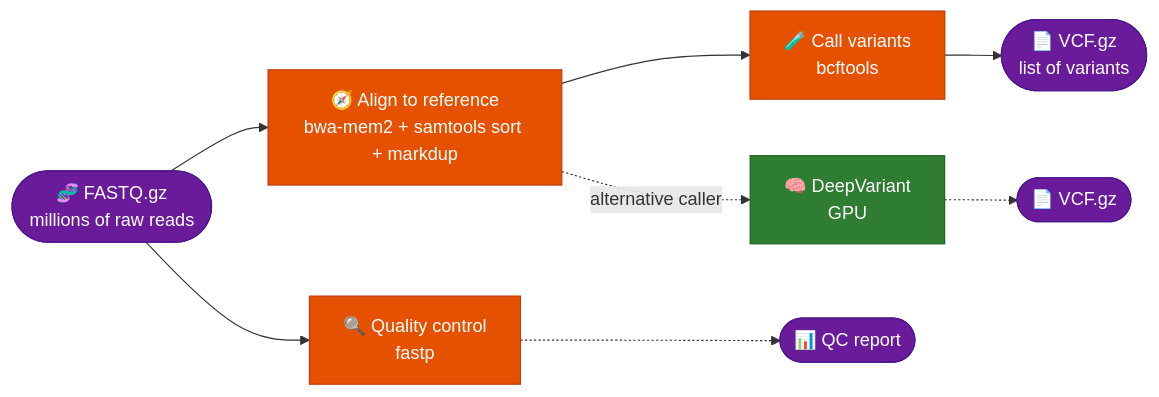
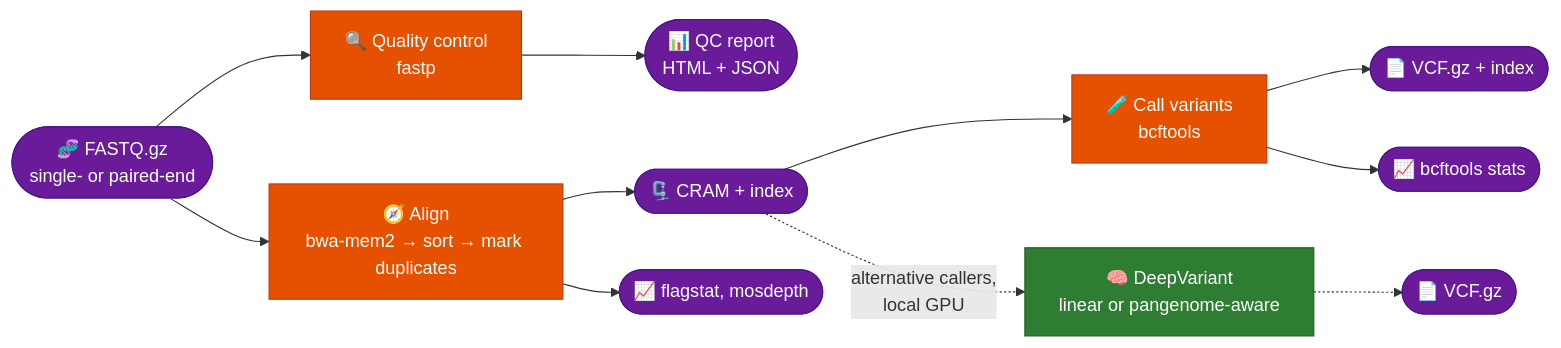
One commit to Harry5haw/Geyser-Genomics changed the first of 4 diagrams in README.md. Above: the diagram before and after it, drawn with Mermaid. The commit also changed other lines of this file, not shown here.

````diff
--- a/README.md
+++ b/README.md
@@ -75,17 +75,20 @@
 ```mermaid
 flowchart LR
-    IN(["🧬 FASTQ.gz<br/>millions of raw reads"]) --> Q["🔍 Quality control<br/>fastp"]
-    IN --> A["🧭 Align to reference<br/>bwa-mem2 + samtools sort + markdup"]
-    A --> V["🧪 Call variants<br/>bcftools"]
-    V --> OUT(["📄 VCF.gz<br/>list of variants"])
-    A -.->|"alternative caller"| DV["🧠 DeepVariant<br/>GPU"]
+    IN(["🧬 FASTQ.gz<br/>single- or paired-end"]) --> Q["🔍 Quality control<br/>fastp"]
+    IN --> A["🧭 Align<br/>bwa-mem2 → sort → mark duplicates"]
+    Q --> R(["📊 QC report<br/>HTML + JSON"])
+    A --> C(["🗜️ CRAM + index"])
+    A --> S1(["📈 flagstat, mosdepth"])
+    C --> V["🧪 Call variants<br/>bcftools"]
+    V --> OUT(["📄 VCF.gz + index"])
+    V --> S2(["📈 bcftools stats"])
+    C -.->|"alternative callers,<br/>local GPU"| DV["🧠 DeepVariant<br/>linear or pangenome-aware"]
     DV -.-> OUT2(["📄 VCF.gz"])
-    Q -.-> R(["📊 QC report"])
 
     classDef io fill:#6A1B9A,stroke:#4A148C,color:#fff
     classDef stage fill:#E65100,stroke:#BF360C,color:#fff
     classDef alt fill:#2E7D32,stroke:#1B5E20,color:#fff
-    class IN,OUT,OUT2,R io
+    class IN,OUT,OUT2,R,C,S1,S2 io
     class Q,A,V stage
     class DV alt
 ```
````
